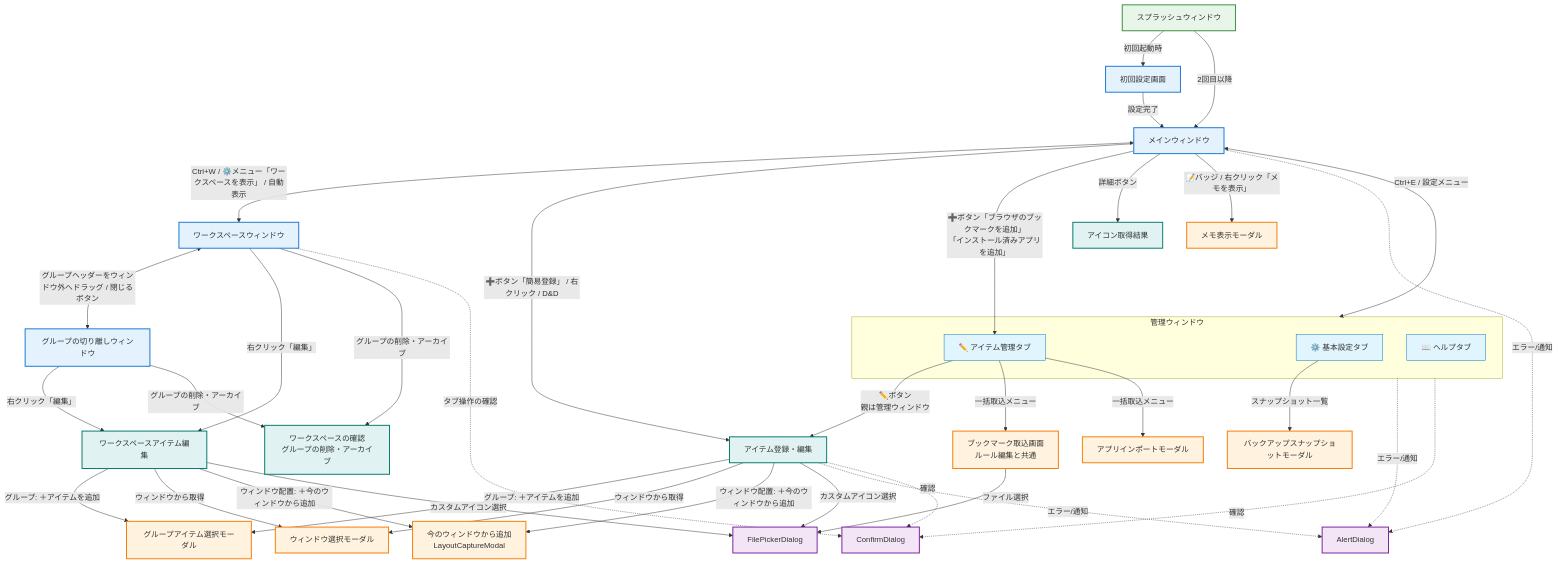
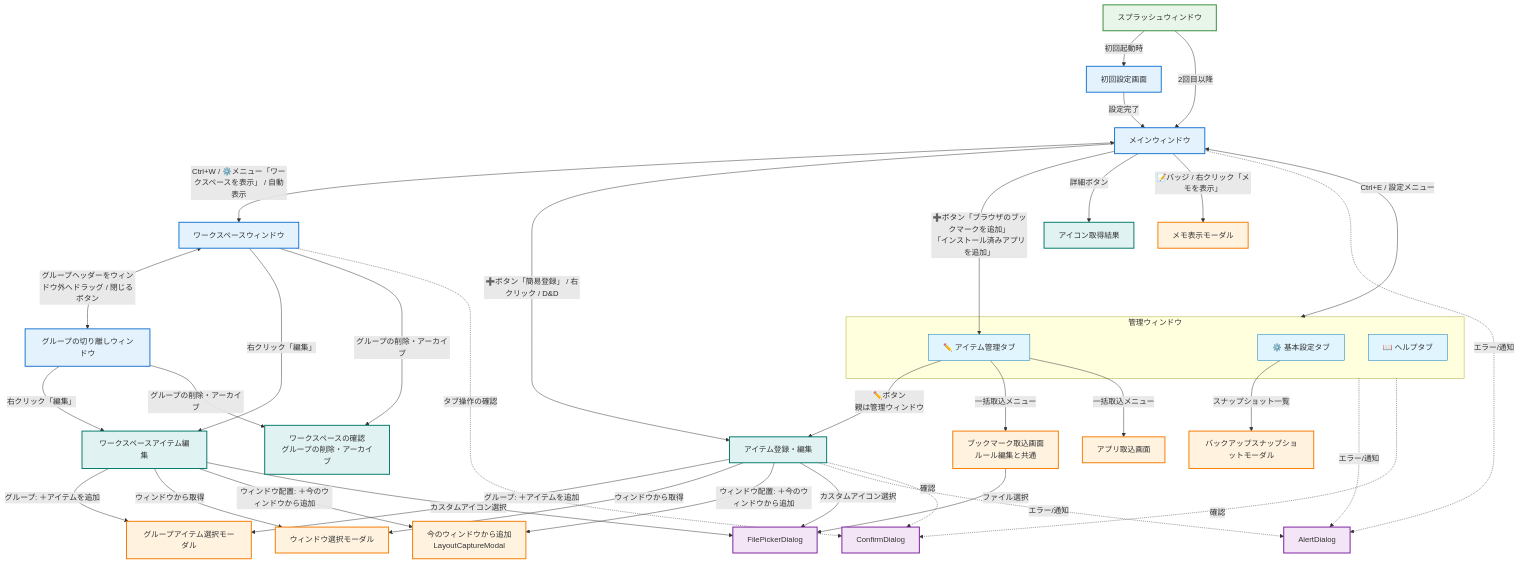
Before and after one commit to masaodev/quick-dash-launcher: the diagram in docs/screens/screen-transitions.md, drawn with Mermaid. The commit also changed other lines of this file and 11 other files, not shown here.

```diff
--- a/docs/screens/screen-transitions.md
+++ b/docs/screens/screen-transitions.md
@@ -30,7 +30,7 @@
     BookmarkImport[ブックマーク取込画面<br/>ルール編集と共通]
     GroupSelect[グループアイテム選択モーダル]
     WindowSelect[ウィンドウ選択モーダル]
-    AppImport[アプリインポートモーダル]
+    AppImport[アプリ取込画面]
     BackupSnapshot[バックアップスナップショットモーダル]
     MemoView[メモ表示モーダル]
     LayoutCapture[今のウィンドウから追加<br/>LayoutCaptureModal]
```
